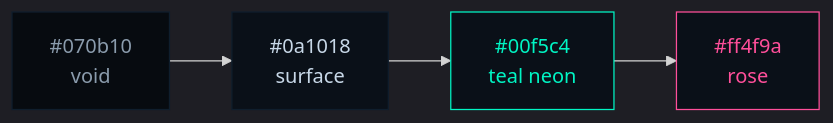
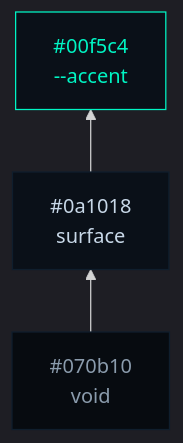
One commit to danibsheehan/caught-looking changed the second of 2 diagrams in README.md. Above: the diagram before and after it, drawn with Mermaid. The commit also changed other lines of this file and 3 other files, not shown here.

````diff
--- a/README.md
+++ b/README.md
@@ -57,9 +59,8 @@
 ```mermaid
 %%{init: {'theme':'dark'}}%%
-flowchart LR
-  A["#070b10<br/>void"] --> B["#0a1018<br/>surface"] --> C["#00f5c4<br/>teal neon"] --> D["#ff4f9a<br/>rose"]
-  style A fill:#070b10,stroke:#0f1e2d,color:#8b9cad
-  style B fill:#0a1018,stroke:#0f1e2d,color:#c8d8e8
-  style C fill:#0a1018,stroke:#00f5c4,color:#00f5c4
-  style D fill:#0a1018,stroke:#ff4f9a,color:#ff4f9a
+flowchart BT
+  void["#070b10<br/>void"] --> surface["#0a1018<br/>surface"] --> teal["#00f5c4<br/>--accent"]
+  style void fill:#070b10,stroke:#0f1e2d,color:#8b9cad
+  style surface fill:#0a1018,stroke:#0f1e2d,color:#c8d8e8
+  style teal fill:#0a1018,stroke:#00f5c4,color:#00f5c4
 ```
````
